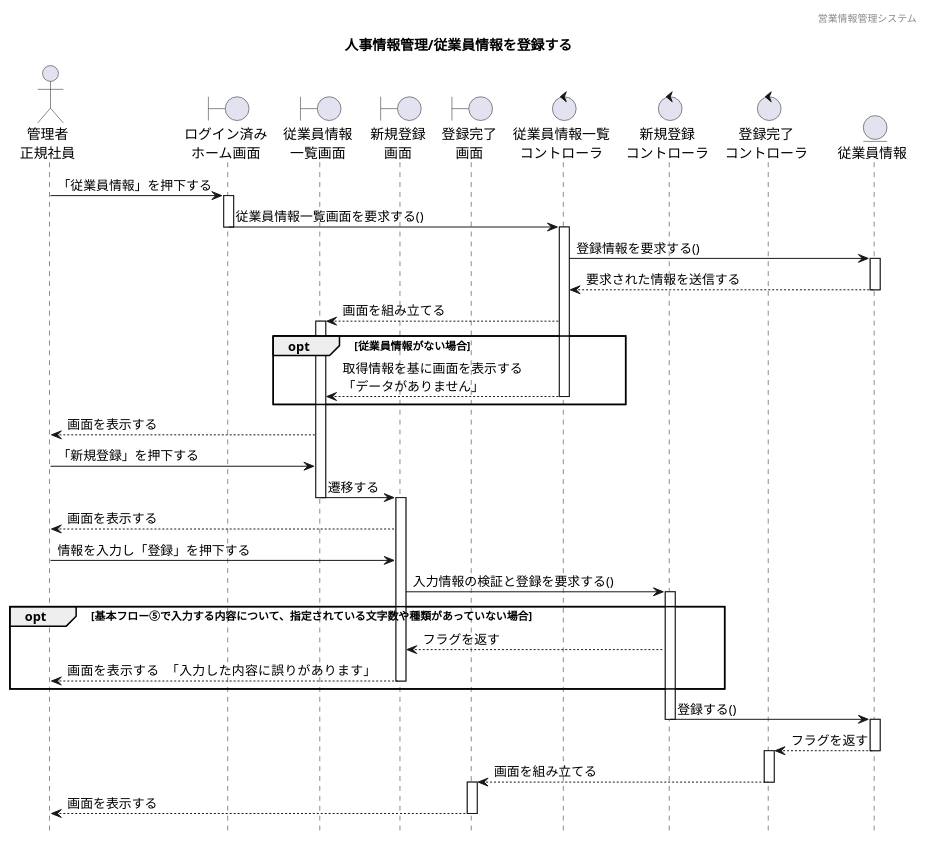
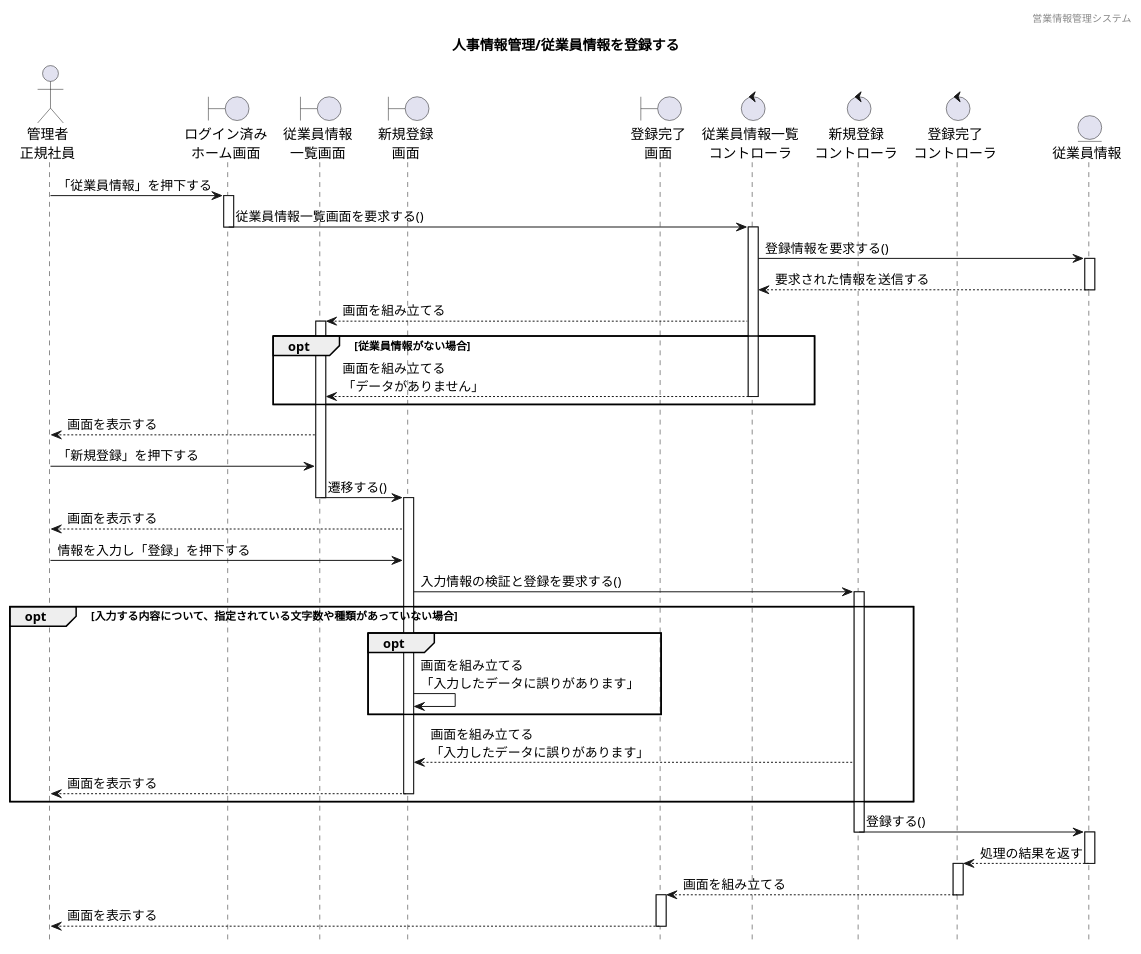
The diagram in 各種設計書/4シーケンス図/マスタ管理/1.従業員情報マスタ/従業員情報管理_登録.plantuml (HaruShim/Sotuken), drawn with PlantUML before and after one commit. The commit also changed 1 other file, not shown here.

```diff
--- a/各種設計書/4シーケンス図/マスタ管理/1.従業員情報マスタ/従業員情報管理_登録.plantuml
+++ b/各種設計書/4シーケンス図/マスタ管理/1.従業員情報マスタ/従業員情報管理_登録.plantuml
@@ -1,83 +1,90 @@
 @startuml シーケンス図
 
 ' 下アイコン除去
 hide footbox
 ' ヘッダー
 header 営業情報管理システム
 ' タイトル
 title 人事情報管理/従業員情報を登録する
 
 
 ' actor "" as 
 actor "管理者\n正規社員" as a1
 
 ' boundary "" as 
 boundary "ログイン済み\nホーム画面" as b1
 boundary "従業員情報\n一覧画面" as b2
 boundary "新規登録\n画面" as b3
 boundary "登録完了\n画面" as b4
 
 ' control "" as 
 control "従業員情報一覧\nコントローラ" as c1
 control "新規登録\nコントローラ" as c2
 control "登録完了\nコントローラ" as c3
 
 ' entity "" as
 entity "従業員情報" as e1
 
 
 ' ログイン済みホーム画面から一覧表示までのシーケンス
 a1 -> b1 : 「従業員情報」を押下する
 activate b1
 b1 -> c1 : 従業員情報一覧画面を要求する()
 deactivate b1
 activate c1
 c1 -> e1 : 登録情報を要求する()
 activate e1
 c1 <-- e1 : 要求された情報を送信する
 deactivate e1
 b2 <-- c1 : 画面を組み立てる
 activate b2
 
 ' 代替フロー
 opt 従業員情報がない場合
-b2 <-- c1 : 取得情報を基に画面を表示する\n「データがありません」
+b2 <-- c1 : 画面を組み立てる\n「データがありません」
 deactivate c1
 end
 
 activate b2
 a1 <-- b2 : 画面を表示する
 a1 -> b2 : 「新規登録」を押下する
-b2 -> b3 : 遷移する
+b2 -> b3 : 遷移する()
 deactivate b2
 activate b3
 a1 <-- b3 : 画面を表示する
 a1 -> b3 : 情報を入力し「登録」を押下する
 b3 -> c2 : 入力情報の検証と登録を要求する()
 activate c2
 
 ' 代替フロー
-opt 基本フロー⑤で入力する内容について、指定されている文字数や種類があっていない場合
-b3 <-- c2 : フラグを返す
+
+
+opt 入力する内容について、指定されている文字数や種類があっていない場合
+
+opt
+b3 -> b3 : 画面を組み立てる\n「入力したデータに誤りがあります」
+end
+
+b3 <-- c2 : 画面を組み立てる\n「入力したデータに誤りがあります」
 deactivate c1
-a1 <-- b3 : 画面を表示する　「入力した内容に誤りがあります」
+a1 <-- b3 : 画面を表示する
 deactivate b3
 end
 
 
 activate c2
 c2 -> e1 : 登録する()
 deactivate c2
 activate e1
-c3 <-- e1 : フラグを返す
+c3 <-- e1 : 処理の結果を返す
 deactivate e1
 activate c3
 b4 <-- c3 : 画面を組み立てる
 deactivate c3
 activate b4
 a1 <-- b4 : 画面を表示する
 deactivate b4
 
 
 
 @enduml
```
